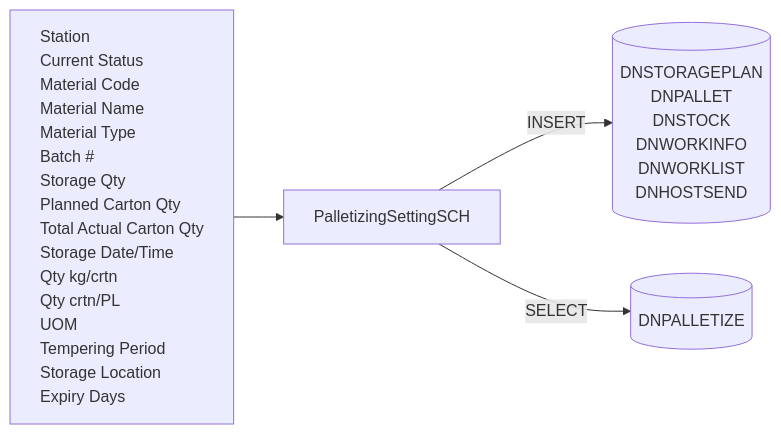
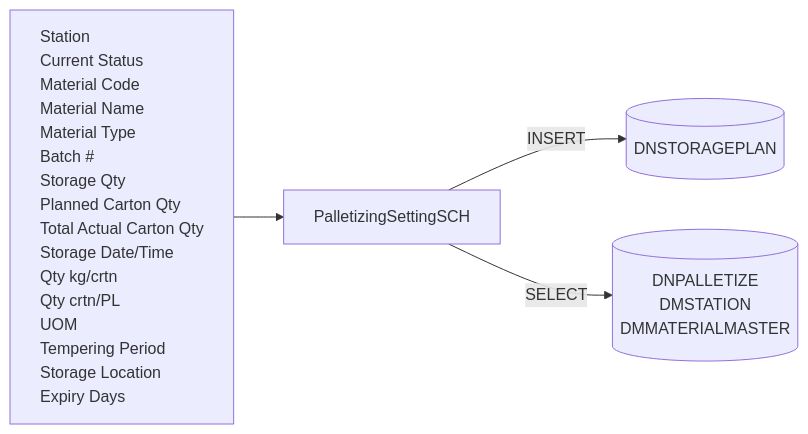
The first of 2 diagrams in Basic-Design/DFD-WMS/Storage/Palletizing-Settting/Batch-End.md (luthfiadityaa/SimeDarby-Wiki), drawn with Mermaid before and after one commit.

Commit message:
Updated Batch End

```diff
--- a/Basic-Design/DFD-WMS/Storage/Palletizing-Settting/Batch-End.md
+++ b/Basic-Design/DFD-WMS/Storage/Palletizing-Settting/Batch-End.md
@@ -19,42 +19,39 @@
 ::: mermaid
 flowchart LR
     input[
         Station
         Current Status
         Material Code
         Material Name
         Material Type
         Batch #
         Storage Qty
         Planned Carton Qty
         Total Actual Carton Qty
         Storage Date/Time
         Qty kg/crtn
         Qty crtn/PL
         UOM
         Tempering Period
         Storage Location
         Expiry Days
     ]
 
     tableList-insert-select[("
         DNPALLETIZE
+        DMSTATION
+        DMMATERIALMASTER
     ")]
 
     tableList-insert[("
         DNSTORAGEPLAN
-        DNPALLET
-        DNSTOCK
-        DNWORKINFO
-        DNWORKLIST
-        DNHOSTSEND
     ")]
 
     className[PalletizingSettingSCH]
 
     input --> className --> |INSERT| tableList-insert
     className --> |SELECT| tableList-insert-select
 
     classDef leftAlign text-align:left;
     class input leftAlign;
 :::
```
